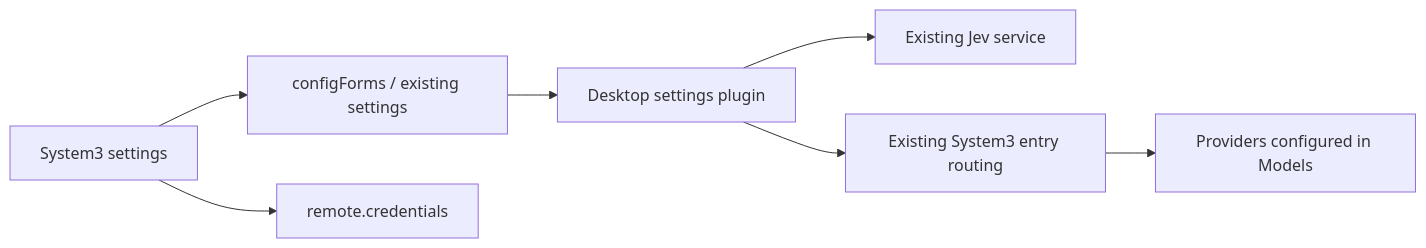
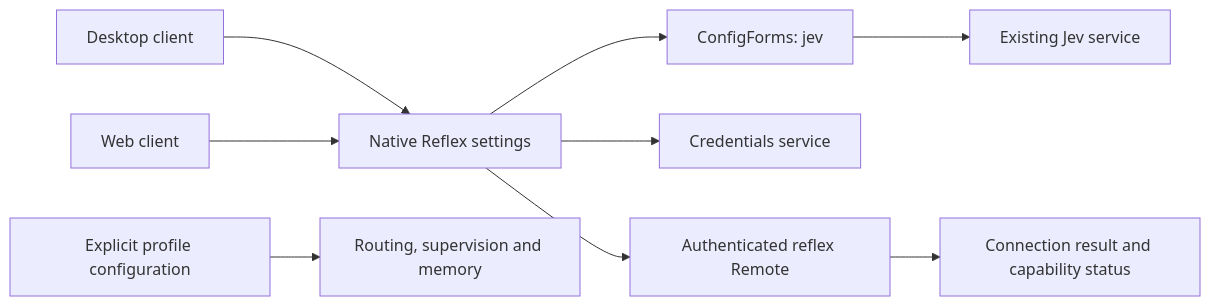
One commit to APUS-AI-Lab/APUS-Reflex-Agent changed the diagram in docs/feat-integrated-product/system3-settings-plan.md. Above: the diagram before and after it, drawn with Mermaid. The commit also changed other lines of this file and 242 other files, not shown here.

````diff
--- a/docs/feat-integrated-product/system3-settings-plan.md
+++ b/docs/feat-integrated-product/system3-settings-plan.md
@@ -11,9 +11,11 @@
 ```mermaid
 flowchart LR
-  UI[System3 settings] --> Forms[configForms / existing settings]
-  UI --> Keys[remote.credentials]
-  Forms --> Plugin[Desktop settings plugin]
-  Plugin --> Jev[Existing Jev service]
-  Plugin --> Routing[Existing System3 entry routing]
-  Routing --> Models[Providers configured in Models]
+  Desktop[Desktop client] --> UI[Native Reflex settings]
+  Web[Web client] --> UI
+  UI --> Forms[ConfigForms: jev]
+  UI --> Keys[Credentials service]
+  UI --> Probe[Authenticated reflex Remote]
+  Forms --> Jev[Existing Jev service]
+  Probe --> Status[Connection result and capability status]
+  Profile[Explicit profile configuration] --> Features[Routing, supervision and memory]
 ```
````
